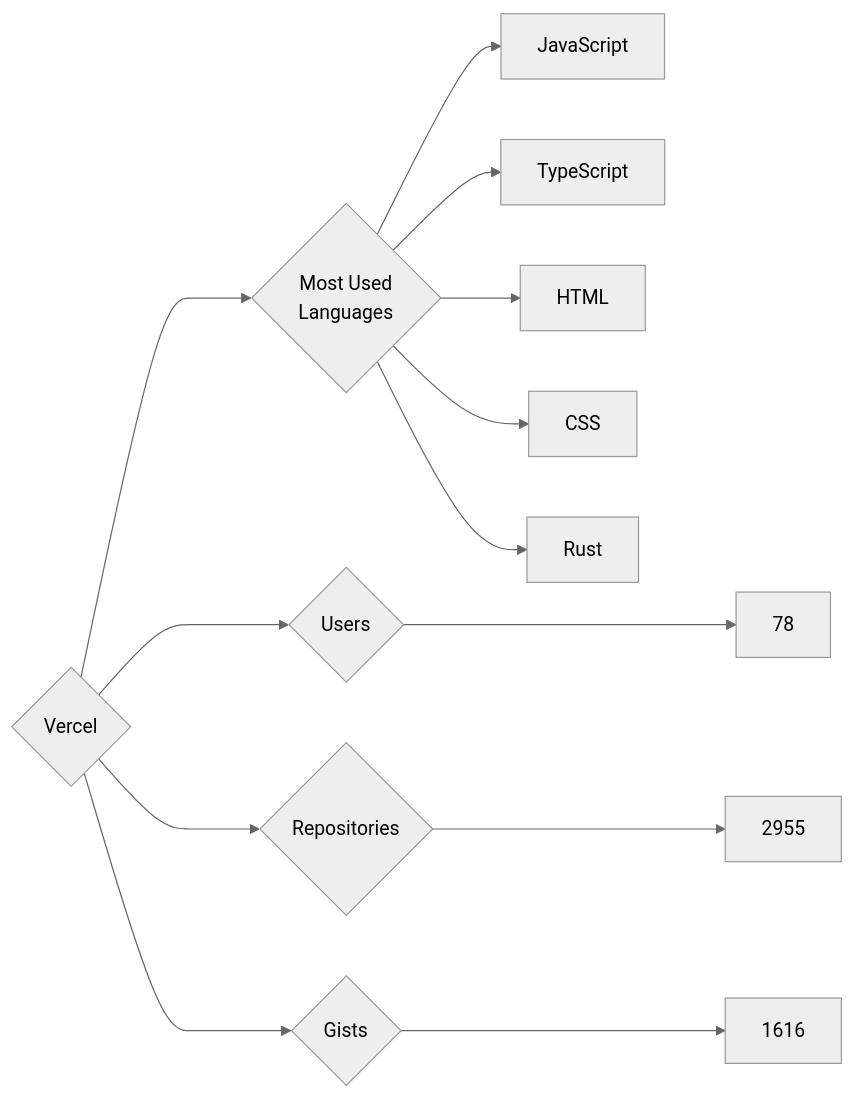
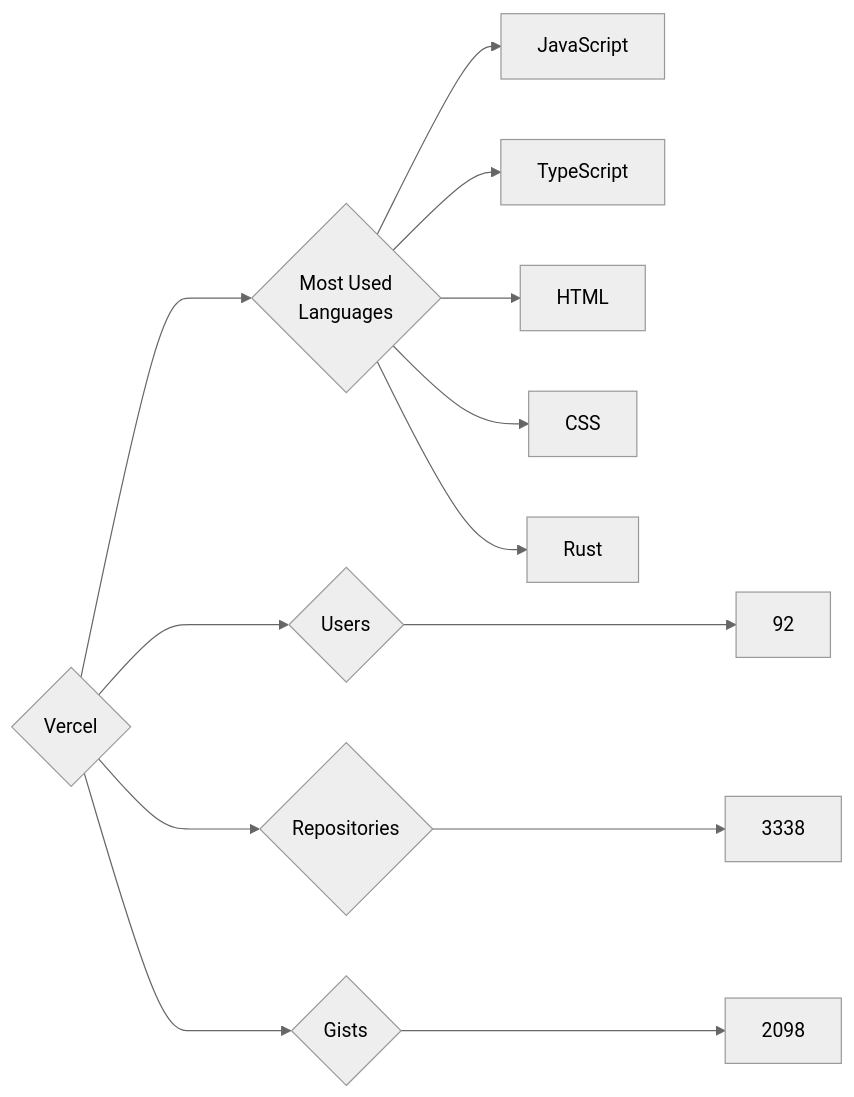
Before and after one commit to trickest/insiders: the diagram in targets/Vercel/README.md, drawn with Mermaid (neutral theme). The commit also changed 833 other files, not shown here.

````diff
--- a/targets/Vercel/README.md
+++ b/targets/Vercel/README.md
@@ -3,13 +3,13 @@
 ```mermaid
 graph LR
 COMPANY_NAME{Vercel}
-COMPANY_NAME ---> U{Users} ---> UN[78]
-COMPANY_NAME ---> R{Repositories} ---> RN[2955]
-COMPANY_NAME ---> G{Gists} ---> GN[1616]
+COMPANY_NAME ---> U{Users} ---> UN[92]
+COMPANY_NAME ---> R{Repositories} ---> RN[3338]
+COMPANY_NAME ---> G{Gists} ---> GN[2098]
 COMPANY_NAME ---> ML{Most Used<br>Languages}
 ML --> JavaScript[JavaScript]
 ML --> TypeScript[TypeScript]
 ML --> HTML[HTML]
 ML --> CSS[CSS]
 ML --> Rust[Rust]
 ```
````
